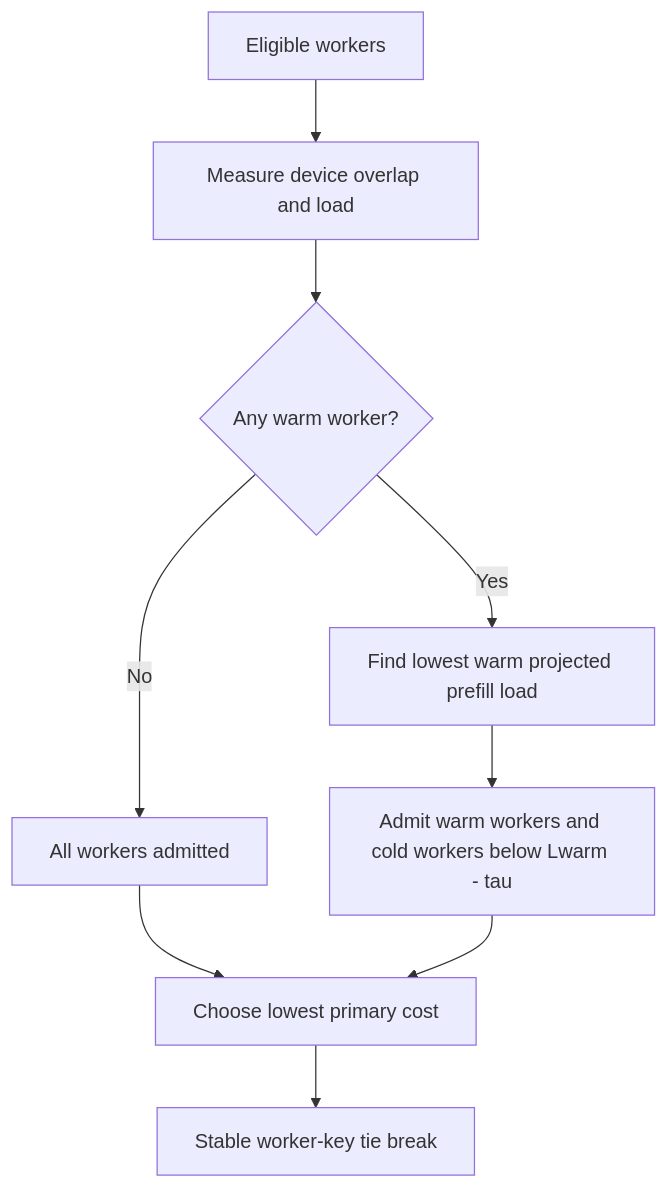
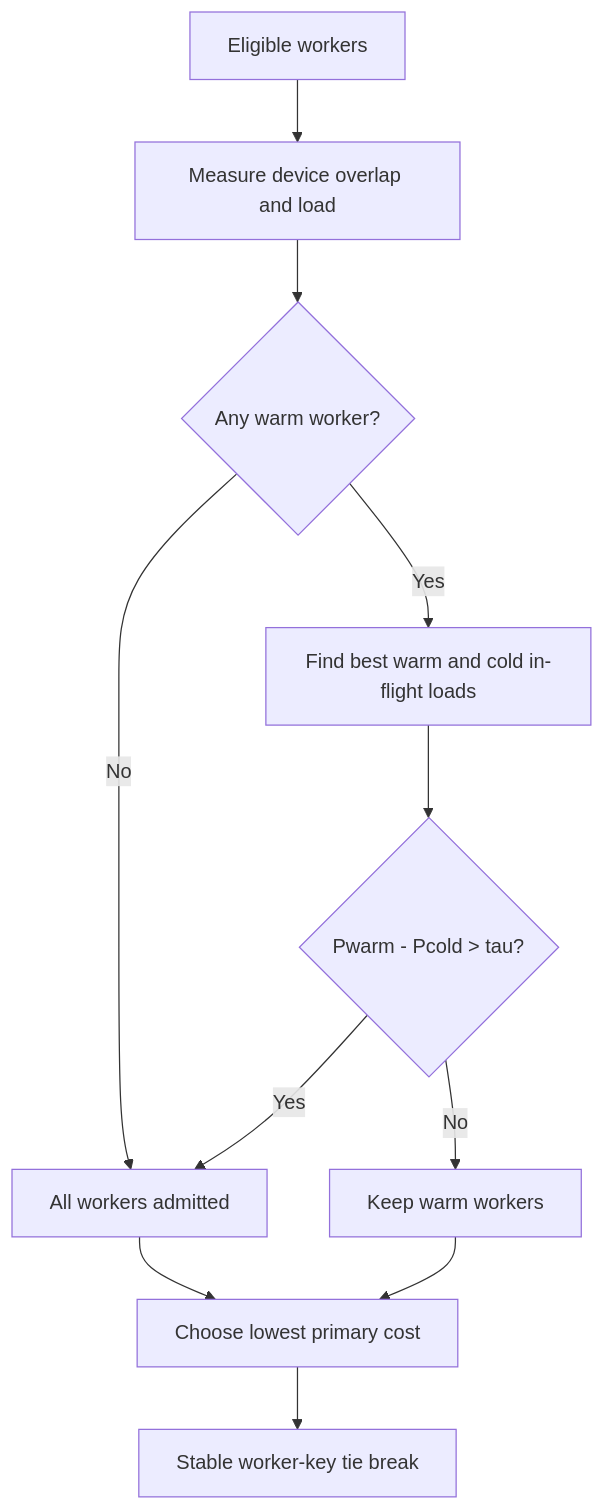
The diagram in crates/sticky-until-saturated/README.md (ishandhanani/router-sandbox), drawn with Mermaid before and after one commit. The commit also changed other lines of this file and 2 other files, not shown here.

````diff
--- a/crates/sticky-until-saturated/README.md
+++ b/crates/sticky-until-saturated/README.md
@@ -27,11 +27,13 @@
 ```mermaid
 flowchart TD
     A["Eligible workers"] --> B["Measure device overlap and load"]
     B --> C{"Any warm worker?"}
     C -- "No" --> D["All workers admitted"]
-    C -- "Yes" --> E["Find lowest warm projected prefill load"]
-    E --> F["Admit warm workers and cold workers below Lwarm - tau"]
-    D --> G["Choose lowest primary cost"]
-    F --> G
-    G --> H["Stable worker-key tie break"]
+    C -- "Yes" --> E["Find best warm and cold in-flight loads"]
+    E --> F{"Pwarm - Pcold > tau?"}
+    F -- "No" --> G["Keep warm workers"]
+    F -- "Yes" --> D
+    D --> I["Choose lowest primary cost"]
+    G --> I
+    I --> H["Stable worker-key tie break"]
 ```
````
